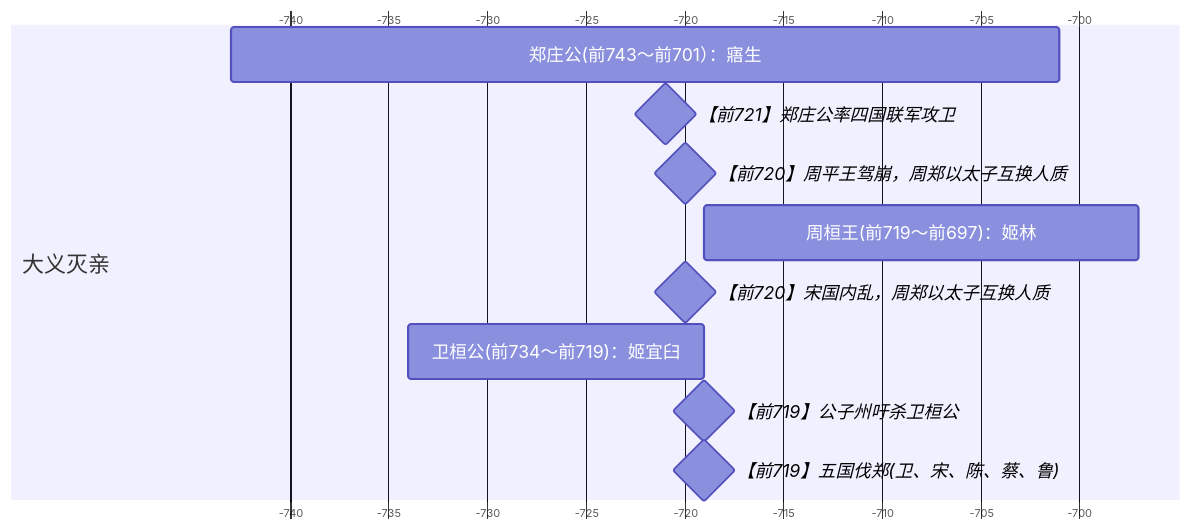
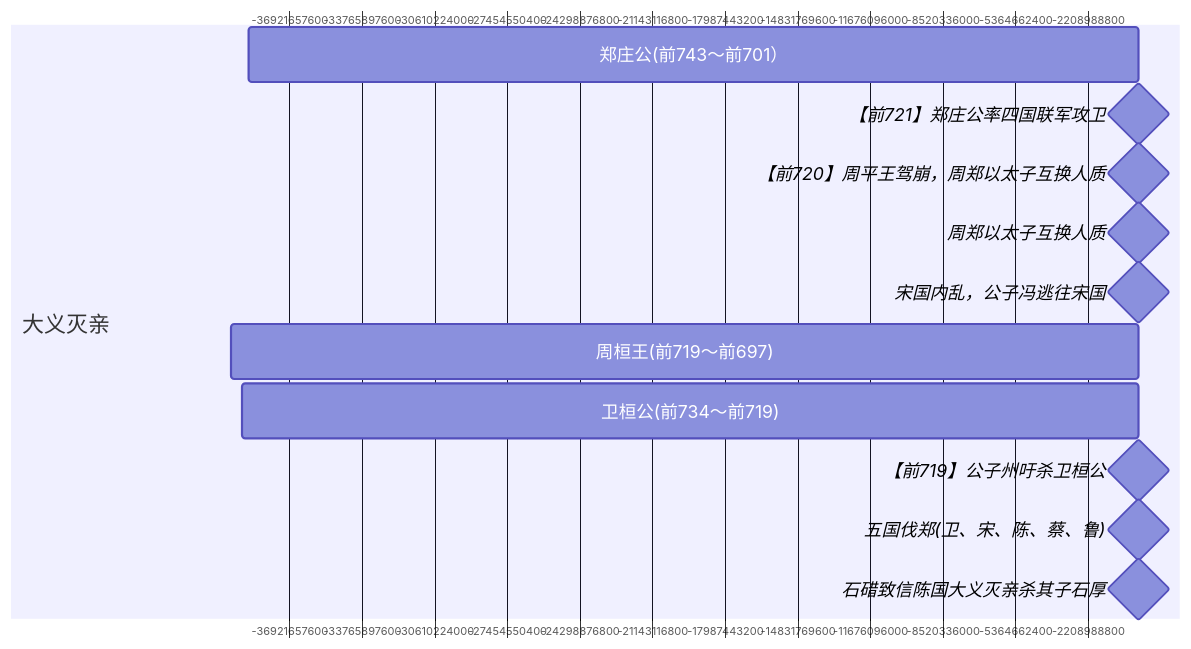
Before and after one commit to tsuyu2016/read: the first of 3 diagrams in 透过地理看历史（春秋篇）03.md, drawn with Mermaid. The commit also changed other lines of this file and 1 other file, not shown here.

````diff
--- a/透过地理看历史（春秋篇）03.md
+++ b/透过地理看历史（春秋篇）03.md
@@ -3,39 +3,41 @@
 ```mermaid
 ---
 config:
   themeCSS: '
     .grid .tick line{stroke:lightgray;stroke-dasharray:3;opacity:1;}
     .grid .tick text{font-size:16px;}
     .grid path {stroke-width: 0;}
   '
   gantt:
     titleTopMargin:
     topPadding:
     gridLineStartPadding: 
     topAxis: true
     barHeight: 50
     rightPadding:
     leftPadding: 200
     fontSize: 16
     sectionFontSize: 20
     numberSectionStyles: 4
     axisFormat: "%Y"
     useMaxWidth:
     weekday:
     barGap:
 ---
 gantt
   dateFormat  X
   axisFormat %s
   todayMarker off
 
   section 大义灭亲
-  郑庄公(前743～前701）：寤生: -743,-701
+  郑庄公(前743～前701）:寤生: -743,-701
   【前721】郑庄公率四国联军攻卫: milestone, -721,
   【前720】周平王驾崩，周郑以太子互换人质: milestone, -720,
-  周桓王(前719～前697)：姬林: -719,-697
-  【前720】宋国内乱，周郑以太子互换人质: milestone, -720,
-  卫桓公(前734～前719)：姬宜臼: -734,-719
+  周郑以太子互换人质: milestone, -720,
+  宋国内乱，公子冯逃往宋国: milestone, -720,
+  周桓王(前719～前697):姬林: -719,-697
+  卫桓公(前734～前719):姬宜臼: -734,-719
   【前719】公子州吁杀卫桓公: milestone, -719,
-  【前719】五国伐郑(卫、宋、陈、蔡、鲁): milestone, -719,
+  五国伐郑(卫、宋、陈、蔡、鲁): milestone, -719,
+  石碏致信陈国大义灭亲杀其子石厚: milestone, -719,
 ```
````
